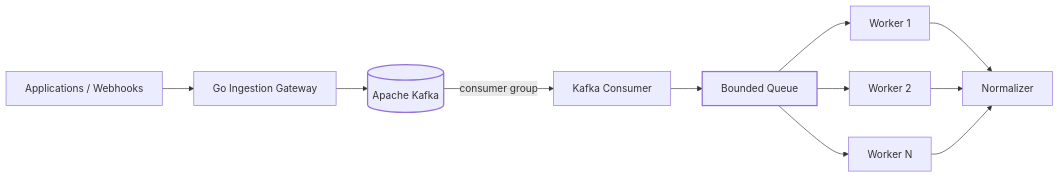
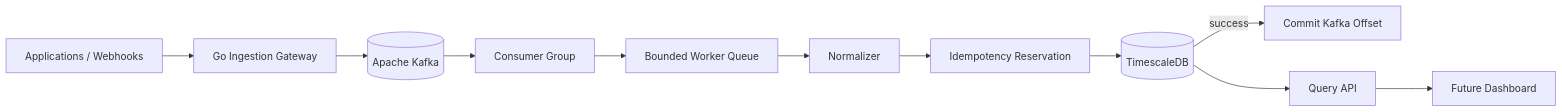
The diagram in README.md (fuhrdan/TelemetryForge), drawn with Mermaid before and after one commit. The commit also changed other lines of this file and 26 other files, not shown here.

````diff
--- a/README.md
+++ b/README.md
@@ -31,16 +33,14 @@
 ```mermaid
 flowchart LR
     A[Applications / Webhooks] --> G[Go Ingestion Gateway]
     G --> K[(Apache Kafka)]
-    K -->|consumer group| C[Kafka Consumer]
-    C --> Q[Bounded Queue]
-    Q --> W1[Worker 1]
-    Q --> W2[Worker 2]
-    Q --> WN[Worker N]
-    W1 --> P[Normalizer]
-    W2 --> P
-    WN --> P
+    K --> C[Consumer Group]
+    C --> Q[Bounded Worker Queue]
+    Q --> N[Normalizer]
+    N --> D[Idempotency Reservation]
+    D --> T[(TimescaleDB)]
+    T -->|success| O[Commit Kafka Offset]
 
-    style K stroke-width:2px
-    style Q stroke-width:2px
+    T --> R[Query API]
+    R --> U[Future Dashboard]
 ```
````
